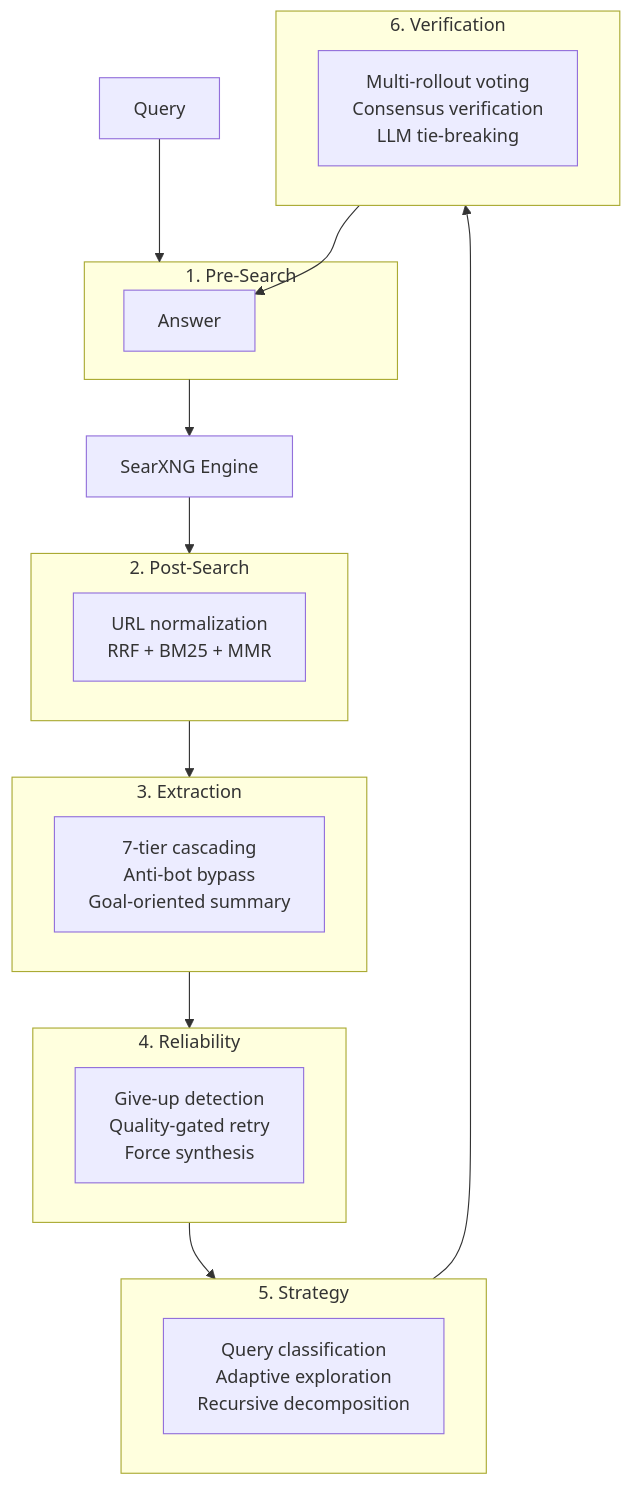
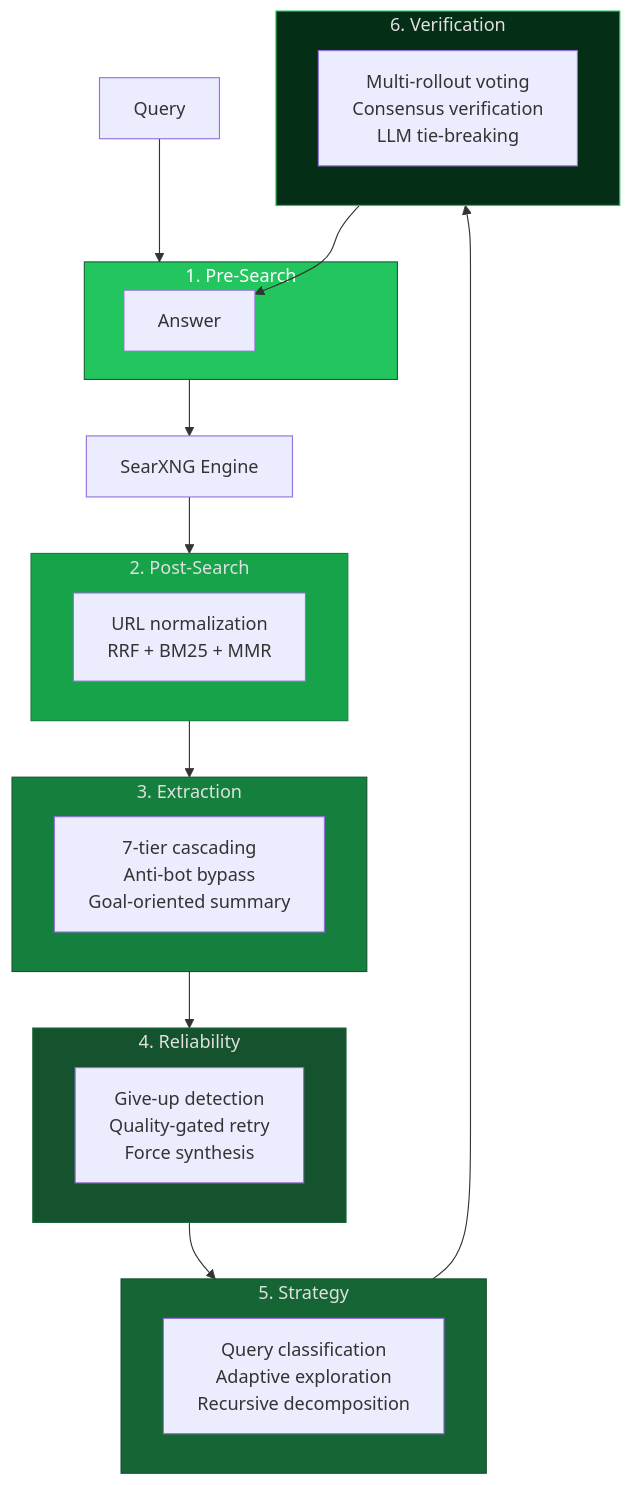
One commit to Im-Busy/browser-goat changed the diagram in README.md. Above: the diagram before and after it, drawn with Mermaid. The commit also changed other lines of this file and 2 other files, not shown here.

````diff
--- a/README.md
+++ b/README.md
@@ -9,37 +20,44 @@
 ```mermaid
 flowchart TD
     Q["Query"] --> L1
 
     subgraph L1["1. Pre-Search"]
         A["Intent detection<br/>Browser profiles<br/>Language detection"]
     end
 
     L1 --> SX["SearXNG Engine"]
 
     SX --> L2
     subgraph L2["2. Post-Search"]
         B["URL normalization<br/>RRF + BM25 + MMR"]
     end
 
     L2 --> L3
     subgraph L3["3. Extraction"]
         C["7-tier cascading<br/>Anti-bot bypass<br/>Goal-oriented summary"]
     end
 
     L3 --> L4
     subgraph L4["4. Reliability"]
         D["Give-up detection<br/>Quality-gated retry<br/>Force synthesis"]
     end
 
     L4 --> L5
     subgraph L5["5. Strategy"]
         E["Query classification<br/>Adaptive exploration<br/>Recursive decomposition"]
     end
 
     L5 --> L6
     subgraph L6["6. Verification"]
         F["Multi-rollout voting<br/>Consensus verification<br/>LLM tie-breaking"]
     end
 
     L6 --> A["Answer"]
+
+    style L1 fill:#22c55e,stroke:#166534,color:#fff
+    style L2 fill:#16a34a,stroke:#15803d,color:#e0e0e0
+    style L3 fill:#15803d,stroke:#14532d,color:#e0e0e0
+    style L4 fill:#14532d,stroke:#166534,color:#e0e0e0
+    style L5 fill:#166534,stroke:#14532d,color:#e0e0e0
+    style L6 fill:#052e16,stroke:#22c55e,color:#e0e0e0
 ```
````
